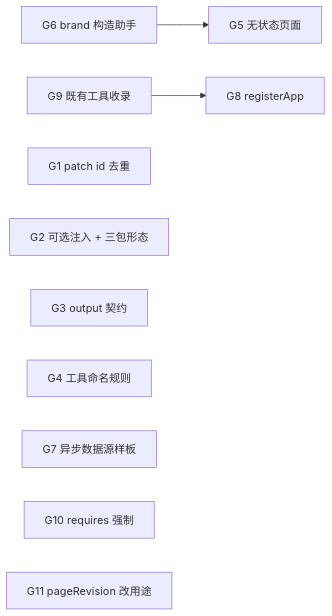
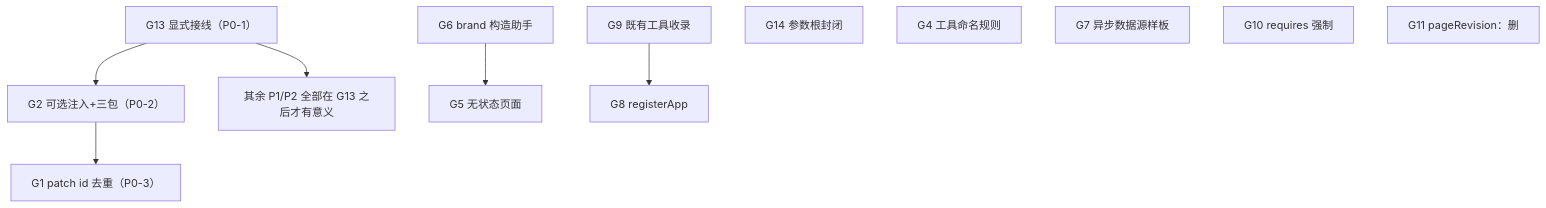
One commit to waixiaowai/veren changed the fifth of 5 diagrams in docs/application-concept.cn.md. Above: the diagram before and after it, drawn with Mermaid. The commit also changed other lines of this file and 1 other file, not shown here.

````diff
--- a/docs/application-concept.cn.md
+++ b/docs/application-concept.cn.md
@@ -1439,12 +1443,13 @@
 ```mermaid
-flowchart LR
+flowchart TD
+  G13["G13 显式接线（P0-1）"] --> G2["G2 可选注入+三包（P0-2）"]
+  G2 --> G1["G1 patch id 去重（P0-3）"]
+  G13 --> REST["其余 P1/P2 全部在 G13 之后才有意义"]
   G6["G6 brand 构造助手"] --> G5["G5 无状态页面"]
   G9["G9 既有工具收录"] --> G8["G8 registerApp"]
-  G1["G1 patch id 去重"]
-  G2["G2 可选注入 + 三包形态"]
-  G3["G3 output 契约"]
+  G14["G14 参数根封闭"]
   G4["G4 工具命名规则"]
   G7["G7 异步数据源样板"]
   G10["G10 requires 强制"]
-  G11["G11 pageRevision 改用途"]
+  G11["G11 pageRevision：删"]
 ```
````
